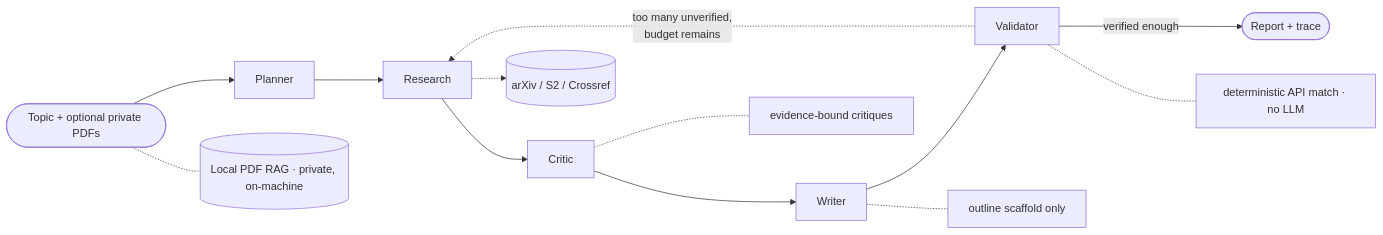
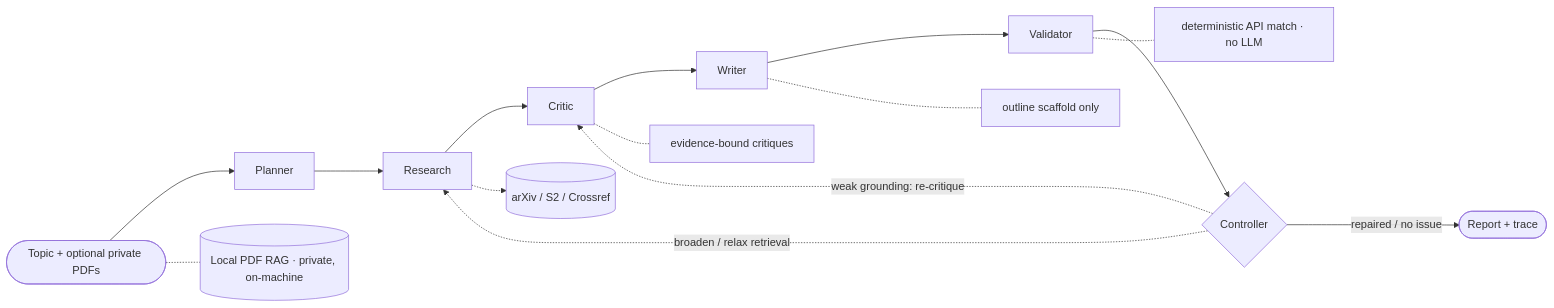
One commit to 2u39u4/ResearchFlow changed the diagram in README.md. Above: the diagram before and after it, drawn with Mermaid. The commit also changed other lines of this file and 5 other files, not shown here.

````diff
--- a/README.md
+++ b/README.md
@@ -38,15 +38,17 @@
 ```mermaid
 flowchart LR
     T([Topic + optional private PDFs]) --> P[Planner]
     P --> R[Research]
     R --> C[Critic]
     C --> W[Writer]
     W --> V[Validator]
-    V -->|verified enough| OUT([Report + trace])
-    V -.->|too many unverified,<br/>budget remains| R
+    V --> CTRL{Controller}
+    CTRL -->|repaired / no issue| OUT([Report + trace])
+    CTRL -.->|broaden / relax retrieval| R
+    CTRL -.->|weak grounding: re-critique| C
     R -.-> SRC[(arXiv / S2 / Crossref)]
     C -.- E[evidence-bound critiques]
     W -.- O[outline scaffold only]
     V -.- D[deterministic API match · no LLM]
     T -.- RAG[(Local PDF RAG · private, on-machine)]
 ```
````
